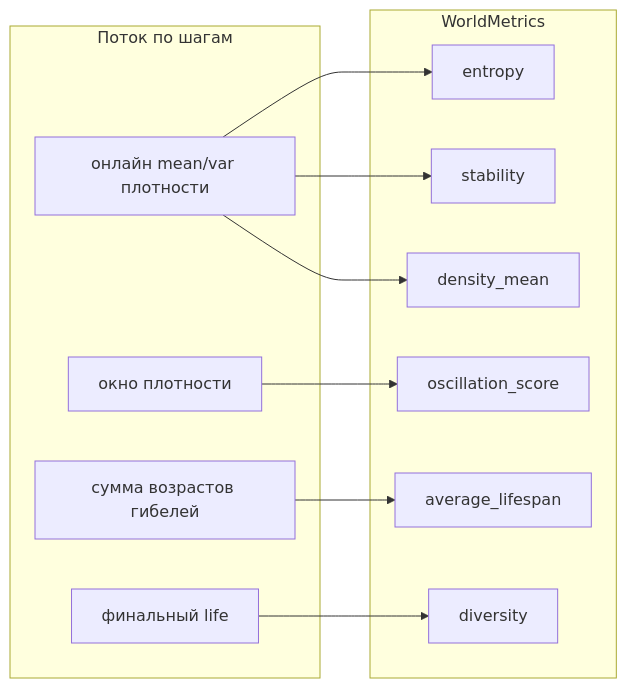
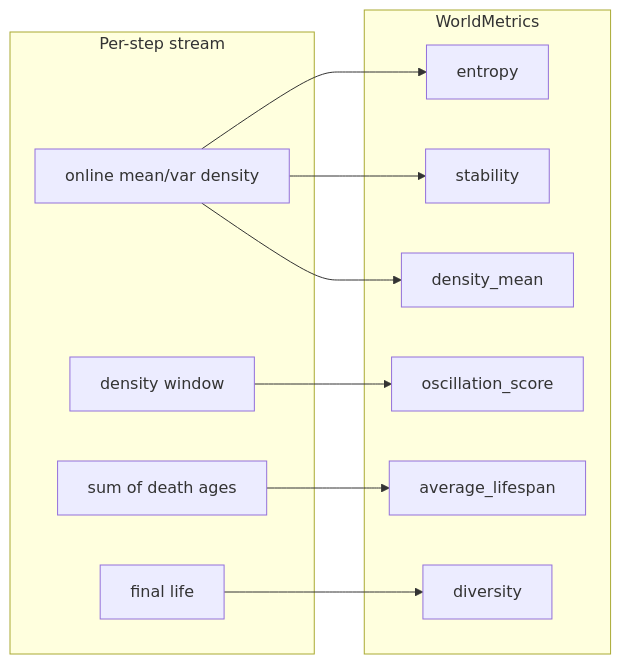
Before and after one commit to Starovoitov/LifeManifold: the sixth of 8 diagrams in docs/WORLDSPACE.md, drawn with Mermaid. The commit also changed other lines of this file and 4 other files, not shown here.

````diff
--- a/docs/WORLDSPACE.md
+++ b/docs/WORLDSPACE.md
@@ -285,23 +280,23 @@
 ```mermaid
 flowchart LR
-  subgraph traj["Поток по шагам"]
-    DS["онлайн mean/var плотности"]
-    WIN["окно плотности"]
-    DA["сумма возрастов гибелей"]
-    HA["финальный life"]
+  subgraph traj["Per-step stream"]
+    DS["online mean/var density"]
+    WIN["density window"]
+    DA["sum of death ages"]
+    HA["final life"]
   end
   subgraph M["WorldMetrics"]
     e["entropy"]
     s["stability"]
     al["average_lifespan"]
     dm["density_mean"]
     os["oscillation_score"]
     dv["diversity"]
   end
   DS --> e
   DS --> s
   DS --> dm
   WIN --> os
   DA --> al
   HA --> dv
 ```
````
